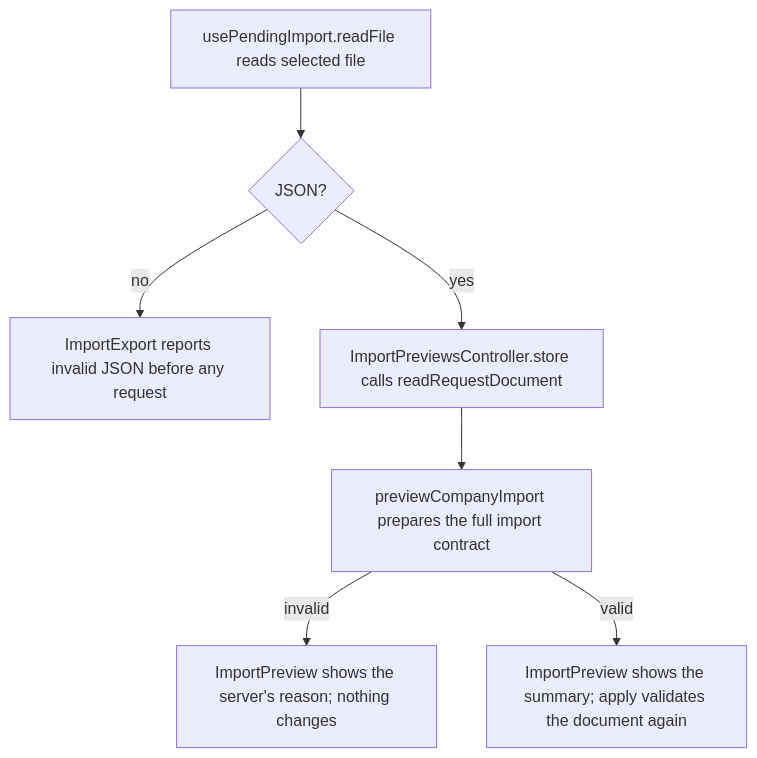
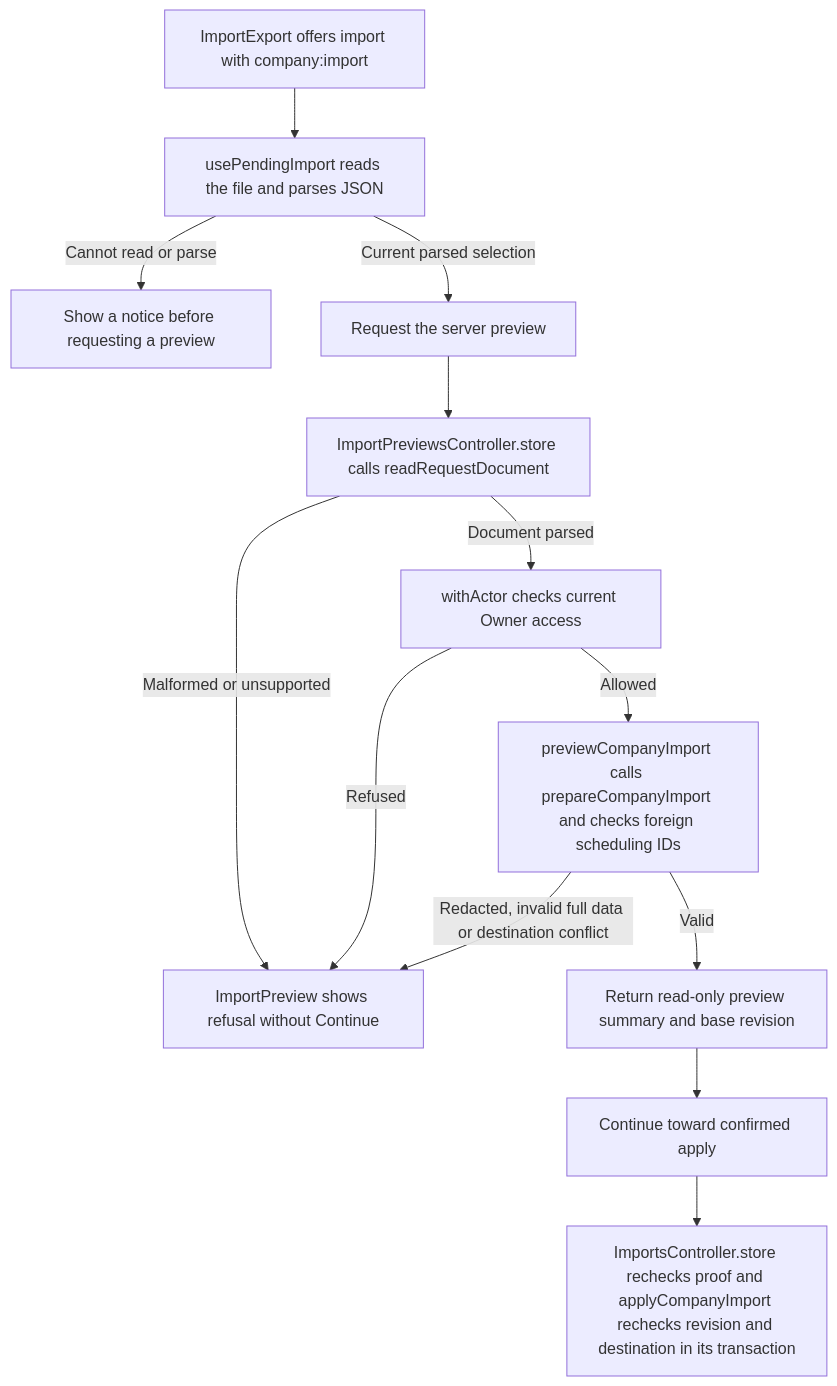
One commit to Kevinjohn/capacitylens changed the second of 2 diagrams in user-stories/data/US-DAT-04-reject-non-capacitylens.md. Above: the diagram before and after it, drawn with Mermaid. The commit also changed other lines of this file and 172 other files, not shown here.

Commit message:
docs: reconcile user story code flows with source

````diff
--- a/user-stories/data/US-DAT-04-reject-non-capacitylens.md
+++ b/user-stories/data/US-DAT-04-reject-non-capacitylens.md
@@ -27,9 +27,15 @@
 ```mermaid
 flowchart TD
-  file["usePendingImport.readFile reads selected file"] --> json{"JSON?"}
-  json -->|"no"| notice["ImportExport reports invalid JSON before any request"]
-  json -->|"yes"| request["ImportPreviewsController.store calls readRequestDocument"]
-  request --> validate["previewCompanyImport prepares the full import contract"]
-  validate -->|"invalid"| refused["ImportPreview shows the server's reason; nothing changes"]
-  validate -->|"valid"| preview["ImportPreview shows the summary; apply validates the document again"]
+  entry["ImportExport offers import with company:import"] --> file["usePendingImport reads the file and parses JSON"]
+  file -->|Cannot read or parse| notice["Show a notice before requesting a preview"]
+  file -->|Current parsed selection| request["Request the server preview"]
+  request --> contract["ImportPreviewsController.store calls readRequestDocument"]
+  contract -->|Malformed or unsupported| refusal["ImportPreview shows refusal without Continue"]
+  contract -->|Document parsed| access["withActor checks current Owner access"]
+  access -->|Refused| refusal
+  access -->|Allowed| destination["previewCompanyImport calls prepareCompanyImport and checks foreign scheduling IDs"]
+  destination -->|Redacted, invalid full data or destination conflict| refusal
+  destination -->|Valid| valid["Return read-only preview summary and base revision"]
+  valid --> review["Continue toward confirmed apply"]
+  review --> boundary["ImportsController.store rechecks proof and applyCompanyImport rechecks revision and destination in its transaction"]
 ```
````
